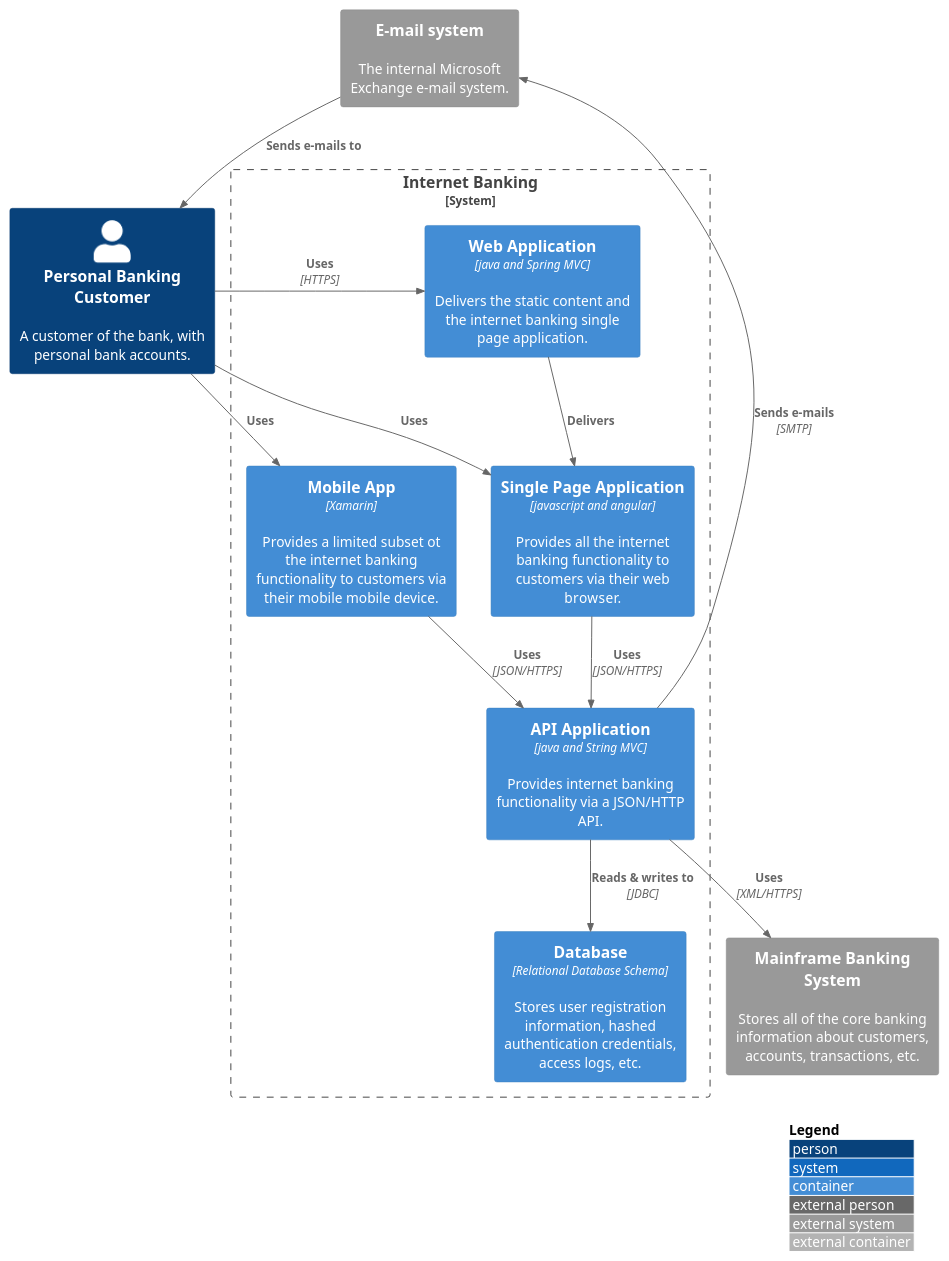
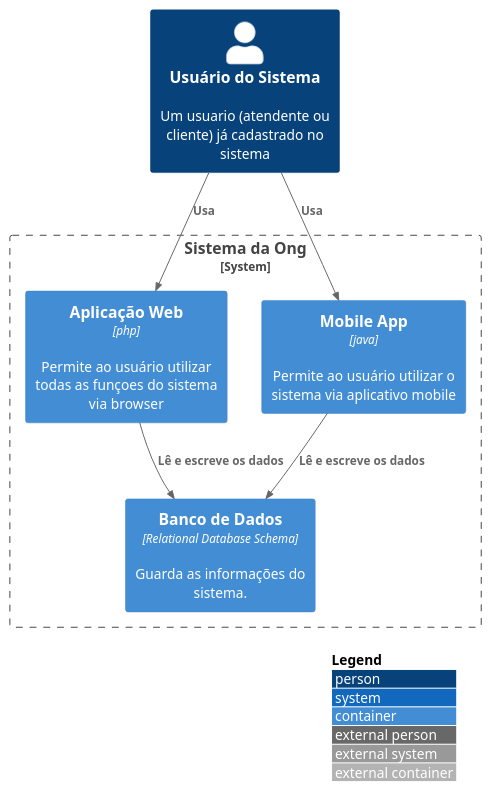
The diagram in Ong-Pets/src/1 Internet Banking System/system.puml (ojaomarco/analise2-tsi), drawn with PlantUML before and after one commit. The commit also changed 10 other files, not shown here.

```diff
--- a/Ong-Pets/src/1 Internet Banking System/system.puml
+++ b/Ong-Pets/src/1 Internet Banking System/system.puml
@@ -1,28 +1,18 @@
 @startuml
 !include https://raw.githubusercontent.com/adrianvlupu/C4-PlantUML/latest/C4_Container.puml
 
 LAYOUT_WITH_LEGEND()
 
-Person(pbc, "Personal Banking Customer", "A customer of the bank, with personal bank accounts.")
-System_Ext(es, "E-mail system", "The internal Microsoft Exchange e-mail system.")
-System_Ext(mbs, "Mainframe Banking System", "Stores all of the core banking information about customers, accounts, transactions, etc.")
-System_Boundary(ibs, "Internet Banking") {
-    Container(wa, "Web Application", "java and Spring MVC", "Delivers the static content and the internet banking single page application.")
-    Container(spa, "Single Page Application", "javascript and angular", "Provides all the internet banking functionality to customers via their web browser.")
-    Container(ma, "Mobile App", "Xamarin", "Provides a limited subset ot the internet banking functionality to customers via their mobile mobile device.")
-    Container(db, "Database", "Relational Database Schema", "Stores user registration information, hashed authentication credentials, access logs, etc.")
-    Container(api, "API Application", "java and String MVC", "Provides internet banking functionality via a JSON/HTTP API.")
-
-    Rel(api, es, "Sends e-mails", "SMTP")
-    Rel(api, mbs, "Uses", "XML/HTTPS")
-    Rel(api, db, "Reads & writes to", "JDBC")
-    Rel(wa, spa, "Delivers")
-    Rel(spa, api, "Uses", "JSON/HTTPS")
-    Rel(ma, api, "Uses", "JSON/HTTPS")
+Person(pbc, "Usuário do Sistema", "Um usuario (atendente ou cliente) já cadastrado no sistema")
+System_Boundary(ibs, "Sistema da Ong") {
+    Container(wa, "Aplicação Web","php", "Permite ao usuário utilizar todas as funçoes do sistema via browser")
+    Container(ma, "Mobile App","java", "Permite ao usuário utilizar o sistema via aplicativo mobile")
+    Container(db, "Banco de Dados", "Relational Database Schema", "Guarda as informações do sistema.")
+    
+    Rel(wa, db, "Lê e escreve os dados")
+    Rel(ma, db, "Lê e escreve os dados")
 }
 
-Rel(pbc, wa, "Uses", "HTTPS")
-Rel(pbc, spa, "Uses")
-Rel(pbc, ma, "Uses")
-Rel(es, pbc, "Sends e-mails to")
+Rel(pbc, wa, "Usa")
+Rel(pbc, ma, "Usa")
 @enduml
```
